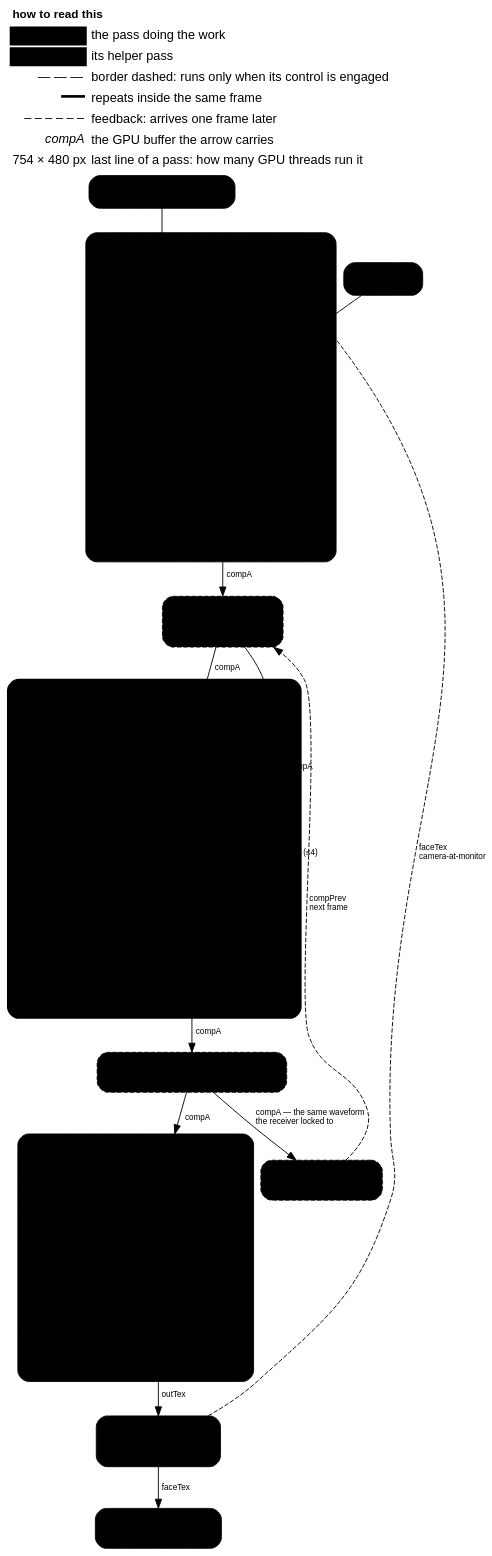
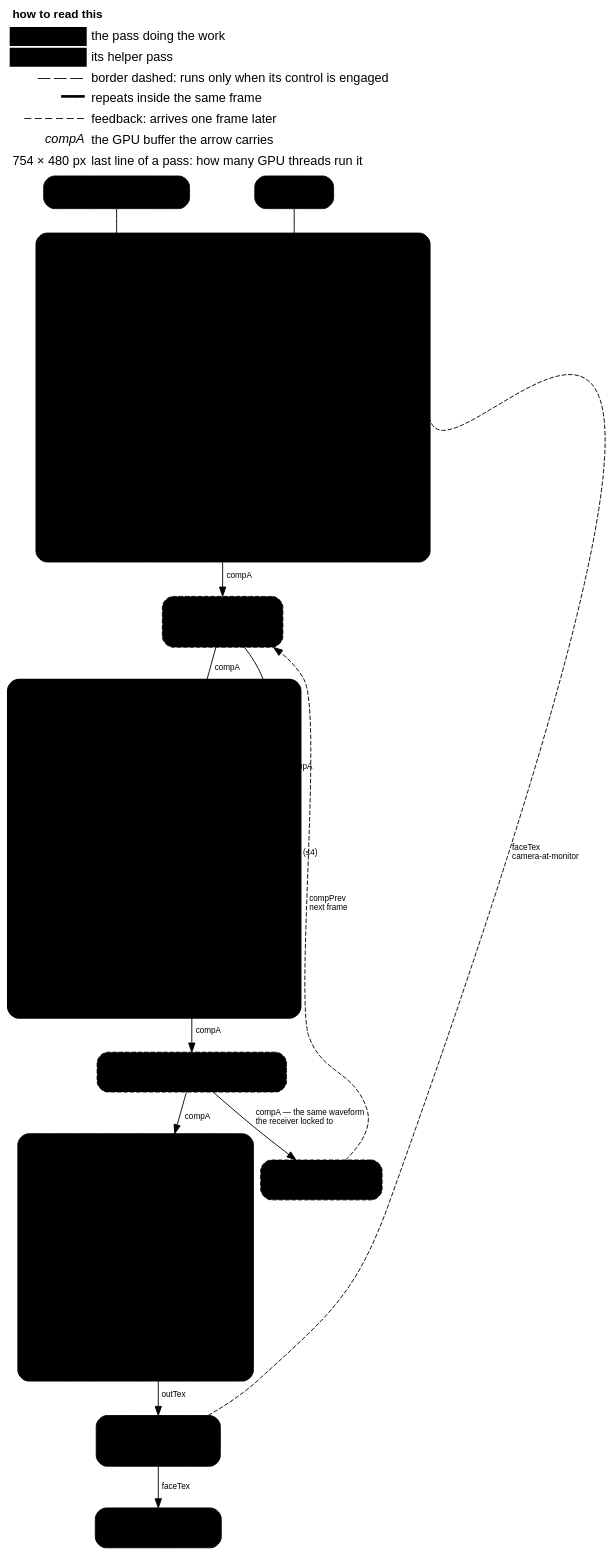
The diagram in docs/graphviz/pipeline.dot (cmdcolin/ntsc.js), drawn with Graphviz before and after one commit. The commit also changed 13 other files, not shown here.

```diff
--- a/docs/graphviz/pipeline.dot
+++ b/docs/graphviz/pipeline.dot
@@ -1,155 +1,159 @@
 // ntsc.js signal path — mirrors the pass order in docs/ARCHITECTURE.md
 // ("Pass order") and src/gpu/pipeline.ts: prePasses -> loopPasses x dubGens
 // -> postPasses -> present.
 //
 // The `passes` attribute on each node names the pass(es) it stands for, and
 // src/gpu/pipeline-graph.test.ts asserts that set equals the passes the engine
 // actually builds — so a pass added to the pipeline and forgotten here fails
 // the test rather than quietly rotting.
 //
 // Every arrow is labelled with the GPU buffer it carries, so the graph doubles
 // as the buffer story: compA is the spine, chroma/under are side branches that
 // rejoin it, compB exists only because `channel` cannot read and write one
 // buffer at once. The last line of each pass is its dispatch — how many GPU
 // threads run it.
 //
 // Colours are placeholder tokens — render with `pnpm run docs`, never `dot`
 // directly. See scripts/diagrams.mjs.
 digraph ntsc_js {
   rankdir=TB;
   bgcolor="transparent";
   compound=true;
   newrank=true;
   labelloc="t"; labeljust="l";
   fontname="Helvetica,Arial,sans-serif";
   node [shape=box style="rounded,filled" fontname="Helvetica,Arial,sans-serif"
         fontsize=11 color="@STROKE@" fontcolor="@FG@" penwidth=1];
   edge [fontname="Helvetica,Arial,sans-serif" fontsize=9 color="@EDGE@" fontcolor="@EDGE@"];
 
   // The key rides on the graph label rather than a floating node, so it does not
   // claim a layout column of its own. The SVG gets embedded and screenshotted
   // away from the prose that used to carry these conventions.
   label=<
     <table border="0" cellborder="0" cellspacing="2" cellpadding="3">
       <tr><td colspan="2" align="left"><font point-size="13" color="@FG@"><b>how to read this</b></font></td></tr>
       <tr><td bgcolor="@CH1@" width="34"></td>
           <td align="left"><font color="@FG@">the pass doing the work</font></td></tr>
       <tr><td bgcolor="@CH2@" width="34"></td>
           <td align="left"><font color="@FG@">its helper pass</font></td></tr>
       <tr><td align="right"><font color="@FG@">— — —</font></td>
           <td align="left"><font color="@FG@">border dashed: runs only when its control is engaged</font></td></tr>
       <tr><td align="right"><font color="@DUB@"><b>━━━</b></font></td>
           <td align="left"><font color="@FG@">repeats inside the same frame</font></td></tr>
       <tr><td align="right"><font color="@GOLD@">– – –</font> <font color="@GREEN@">– – –</font></td>
           <td align="left"><font color="@FG@">feedback: arrives one frame later</font></td></tr>
       <tr><td align="right"><font color="@EDGE@"><i>compA</i></font></td>
           <td align="left"><font color="@FG@">the GPU buffer the arrow carries</font></td></tr>
       <tr><td align="right"><font color="@EDGE@">754 × 480 px</font></td>
           <td align="left"><font color="@FG@">last line of a pass: how many GPU threads run it</font></td></tr>
     </table>
   >;
 
   // ---- sources -------------------------------------------------------------
   srcA [label="Source A\nbars · sweep · video · webcam" fillcolor="@SRC@"];
   srcB [label="Source B\nnon-genlocked" fillcolor="@SRC@"];
 
   // ---- encoder -------------------------------------------------------------
   subgraph cluster_enc {
     label="  ①  Encoder — build the composite signal  ";
     labeljust="l"; fontsize=12; fontcolor="@CLTEXT@";
     style="rounded,filled"; fillcolor="@ENCBG@"; color="@ENCLN@";
     compose    [passes="compose" fillcolor="@ENC2@"
                 label="compose\n+ feedback camera\n754 × 480 px, 8×8 tiles"];
     encodeYuv  [passes="encodeYuv" fillcolor="@ENC2@"
                 label="encodeYuv\nRGB → YUV\n754 × 480 px"];
     encodeComp [passes="encodeComposite" fillcolor="@ENC1@"
                 label="encodeComposite\nY + chroma modulated on Fsc\nsync · burst · blanking\n525 lines × 910 samples"];
     composeB   [passes="composeB" fillcolor="@ENC2@" style="rounded,filled,dashed"
                 label="composeB\n754 × 480 px, 8×8 tiles"];
     encodeYuvB [passes="encodeYuvB" fillcolor="@ENC2@" style="rounded,filled,dashed"
                 label="encodeYuvB\n754 × 480 px"];
+    encodeChromaB [passes="encodeChromaB" fillcolor="@ENC2@" style="rounded,filled,dashed"
+                label="encodeChromaB\nB chroma bandlimit, precomputed\n754 × 480 px"];
     mixB       [passes="mixB" fillcolor="@ENC2@" style="rounded,filled,dashed"
                 label="mixB\ndirty mix · ring · wipe · PiP\n525 lines × 910 samples"];
   }
 
   fbComposite [passes="fbComposite" fillcolor="@STORE@" style="rounded,filled,dashed"
                label="fbComposite\nhardware mixer loop\nkey · trails\n525 lines × 910 samples"];
 
   // ---- channel (repeats per dub generation) --------------------------------
   subgraph cluster_ch {
     label="  ②  Channel — the whole block runs again per tape dub  ";
     labeljust="l"; fontsize=12; fontcolor="@CLTEXT@";
     style="rounded,filled"; fillcolor="@CHBG@"; color="@CHLN@"; penwidth=2;
     chromaExtract [passes="chromaExtract" fillcolor="@CH2@"
                    label="chromaExtract\nbandpass chroma out\n525 lines × 910 samples"];
     underDown     [passes="underDown" fillcolor="@CH2@" style="rounded,filled,dashed"
                    label="underDown\nVHS color-under downconvert\n525 lines × 910 samples"];
     channel       [passes="channel" fillcolor="@CH1@"
                    label="channel\nluma LPF · noise · dropouts · ghost\nhum · head-switch · AGC\n525 lines × 910 samples"];
     timebase      [passes="timebase" fillcolor="@CH2@"
                    label="timebase\njitter / wow resample\n525 lines × 910 samples"];
   }
 
   // Outboard, so it is neither channel nor receiver: it runs after the last dub
   // and before anything measures sync, so the pulses it stamps are the pulses
   // the set has to lock to.
   enhancer [passes="enhancer" fillcolor="@OUT@" style="rounded,filled,dashed"
             label="enhancer — outboard box\nsharpening · pulse clamp · sync restamp\n525 lines, one thread each"];
 
   // ---- receiver ------------------------------------------------------------
   subgraph cluster_rx {
     label="  ③  Receiver — decode the damaged signal  ";
     labeljust="l"; fontsize=12; fontcolor="@CLTEXT@";
     style="rounded,filled"; fillcolor="@RXBG@"; color="@RXLN@";
     // Two passes in one box: syncMeasure reads an edge per line, then sync walks
     // the PLL over all of them in a single thread.
     sync        [passes="syncMeasure,sync" fillcolor="@RX2@"
                  label="syncMeasure → sync\nrecover H/V timing\n525 lines each, then 1 thread total"];
     lineAnalyze [passes="lineAnalyze" fillcolor="@RX2@"
                  label="lineAnalyze\nper-line burst phase & lock\n525 lines, one thread each"];
     decode      [passes="decode" fillcolor="@RX1@"
                  label="decode\ncomb filter · chroma demod · color-kill\ndeflection bend · sag → RGB\n754 × 480 px"];
   }
 
   storePrev [passes="storePrev" fillcolor="@STORE@" style="rounded,filled,dashed"
              label="storePrev\nframe store · strobe hold\n525 lines × 910 samples"];
   crtFace   [passes="crtFace" fillcolor="@DSP@"
              label="crtFace\nglowing tube face\nbloom · halation · gamma\n754 × 480 px, 8×8 tiles"];
   present   [fillcolor="@DSP@"
              label="present\nscanline beam → canvas\nrender pass, not compute"];
 
   // ---- signal flow ---------------------------------------------------------
   srcA -> compose;
   compose -> encodeYuv [label="  frameTex"];
   encodeYuv -> encodeComp [label="  yuv"];
   encodeComp -> mixB [label="  compA"];
   srcB -> composeB;
   composeB -> encodeYuvB [label="  texB"];
+  encodeYuvB -> encodeChromaB [label="  yuvB"];
   encodeYuvB -> mixB [label="  yuvB"];
+  encodeChromaB -> mixB [label="  uvfB"];
   mixB -> fbComposite [label="  compA"];
 
   // compA feeds the channel directly; chroma is a side branch that rejoins it,
   // it is not in line with the luma.
   fbComposite -> channel [label="  compA"];
   fbComposite -> chromaExtract [label="  compA"];
   chromaExtract -> underDown [label="  chroma"];
   chromaExtract -> channel [label="  chroma"];
   underDown -> channel [label="  under"];
   channel -> timebase [label="  compB"];
   timebase -> chromaExtract [label="  ×dubGens (≤4)\l" style=bold penwidth=2.2
                              color="@DUB@" fontcolor="@DUB@" constraint=false];
 
   timebase -> enhancer [label="  compA"];
   enhancer -> sync [label="  compA" lhead=cluster_rx];
   sync -> lineAnalyze [label="  timing[]"];
   lineAnalyze -> decode [label="  lineInfo[]"];
   decode -> crtFace [label="  outTex"];
   crtFace -> present [label="  faceTex"];
   enhancer -> storePrev [label="  compA — the same waveform\l  the receiver locked to\l"];
 
   // ---- feedback loops (one frame of delay) ---------------------------------
   storePrev -> fbComposite [label="  compPrev\l  next frame\l" style=dashed
                             color="@GOLD@" fontcolor="@GOLD@" constraint=false];
   crtFace -> compose [label="  faceTex\l  camera-at-monitor\l" style=dashed
                       color="@GREEN@" fontcolor="@GREEN@" constraint=false];
 }
```
